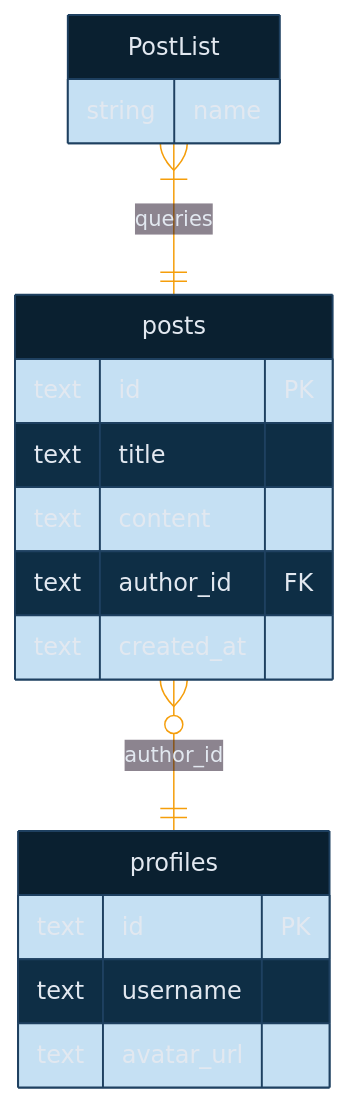
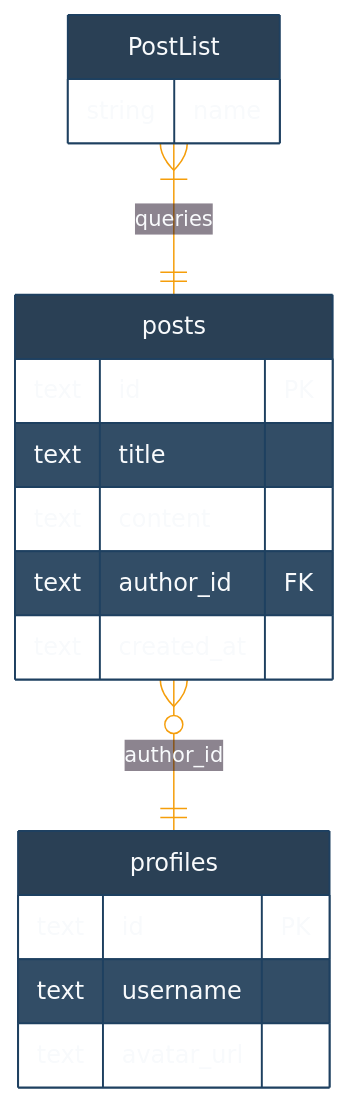
The diagram in fixtures/mini-next-app/.codebase-viz/db-screen.md (cubha/codesight), drawn with Mermaid before and after one commit. The commit also changed other lines of this file and 22 other files, not shown here.

````diff
--- a/fixtures/mini-next-app/.codebase-viz/db-screen.md
+++ b/fixtures/mini-next-app/.codebase-viz/db-screen.md
@@ -3,23 +3,23 @@
 ```mermaid
-%%{init:{'theme':'base','themeVariables':{'background':'#060810','primaryColor':'#0a2030','primaryTextColor':'#e2e8f0','primaryBorderColor':'#1e4060','lineColor':'#f59e0b','secondaryColor':'#0f172a','tertiaryColor':'#1a0a20','attributeBackgroundColorEven':'#ffffff','attributeBackgroundColorOdd':'#f1f5f9','nodeBorder':'#1e4060','clusterBkg':'#0a0e1a','fontFamily':'JetBrains Mono'}}}%%
+%%{init:{'theme':'base','themeVariables':{'background':'#060810','primaryColor':'#2a4055','primaryTextColor':'#f8fafc','primaryBorderColor':'#1e4060','lineColor':'#f59e0b','secondaryColor':'#0f172a','tertiaryColor':'#1a0a20','attributeBackgroundColorEven':'#ffffff','attributeBackgroundColorOdd':'#f1f5f9','textColor':'#1e293b','nodeBorder':'#1e4060','clusterBkg':'#0a0e1a','fontFamily':'JetBrains Mono','fontSize':'14'}}}%%
 erDiagram
 %% table:posts path:types/supabase.ts
 %% table:profiles path:types/supabase.ts
   posts {
     text id PK
     text title
     text content
     text author_id FK
     text created_at
   }
   profiles {
     text id PK
     text username
     text avatar_url
   }
   PostList {
     string name
   }
   posts }o--|| profiles : "author_id"
   PostList }|--|| posts : "queries"
 ```
````
